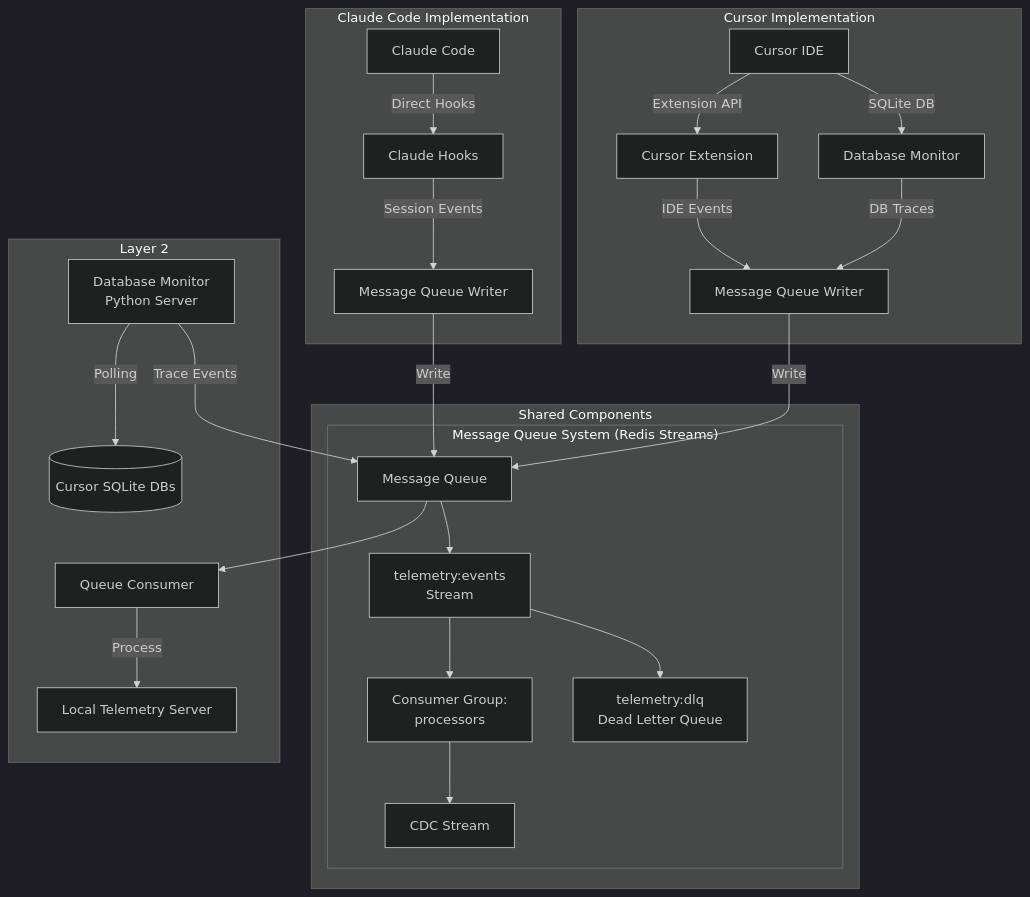
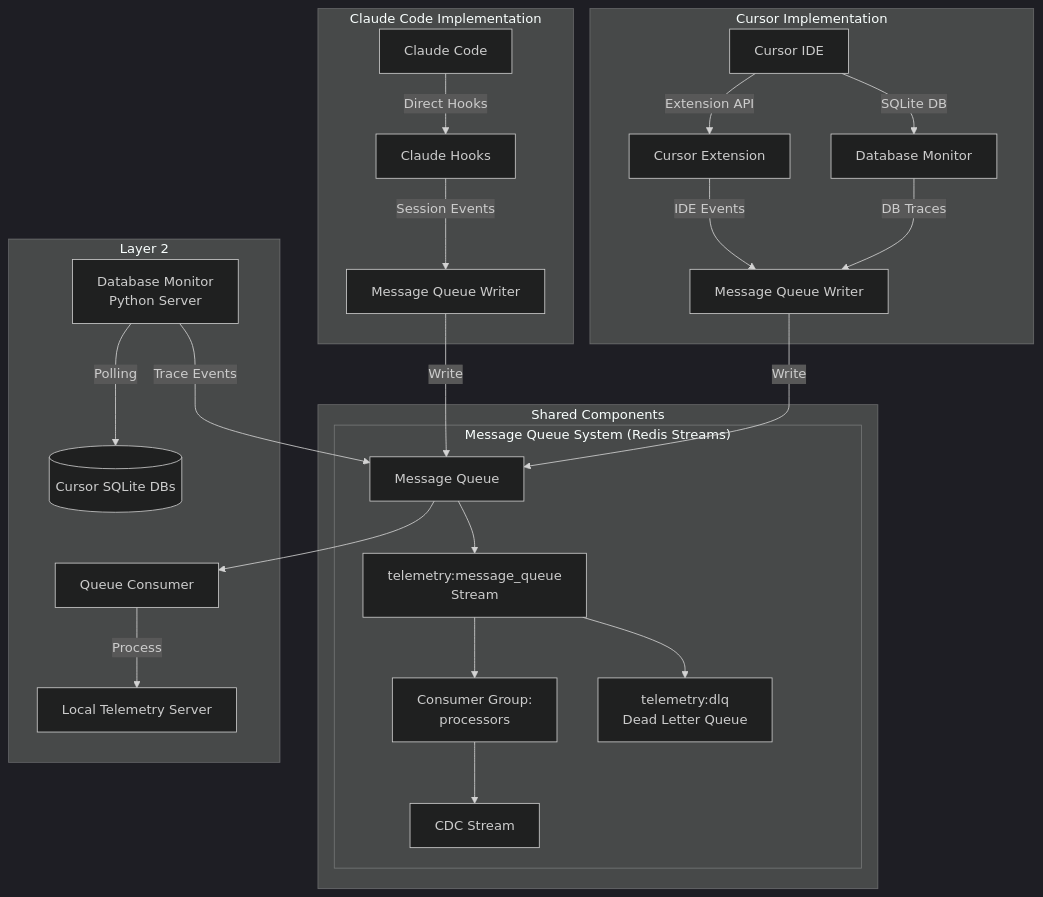
One commit to blueplane-ai/bp-telemetry-core changed the diagram in docs/architecture/layer1_capture.md. Above: the diagram before and after it, drawn with Mermaid (dark theme). The commit also changed other lines of this file and 30 other files, not shown here.

First line of the commit message:
docs: Update all telemetry:events references to telemetry:message_queue

````diff
--- a/docs/architecture/layer1_capture.md
+++ b/docs/architecture/layer1_capture.md
@@ -27,34 +27,34 @@
 ```mermaid
 graph TB
     subgraph "Claude Code Implementation"
         CC[Claude Code] -->|Direct Hooks| CCH[Claude Hooks]
         CCH -->|Session Events| MQW1[Message Queue Writer]
     end
 
     subgraph "Cursor Implementation"
         CI[Cursor IDE] -->|Extension API| CE[Cursor Extension]
         CE -->|IDE Events| MQW2[Message Queue Writer]
         CI -->|SQLite DB| DBM[Database Monitor]
         DBM -->|DB Traces| MQW2
     end
 
     subgraph "Shared Components"
         MQW1 -->|Write| MQ[Message Queue]
         MQW2 -->|Write| MQ
 
         subgraph "Message Queue System (Redis Streams)"
-            MQ --> Events[telemetry:events<br/>Stream]
+            MQ --> Events[telemetry:message_queue<br/>Stream]
             Events --> Processors[Consumer Group:<br/>processors]
             Processors --> CDC[CDC Stream]
             Events --> DLQ[telemetry:dlq<br/>Dead Letter Queue]
         end
     end
 
     subgraph "Layer 2"
         Consumer[Queue Consumer] -->|Process| Layer2[Local Telemetry Server]
         DBMON[Database Monitor<br/>Python Server] -->|Polling| CursorDB[(Cursor SQLite DBs)]
         DBMON -->|Trace Events| MQ
     end
 
     MQ --> Consumer
 ```
````
